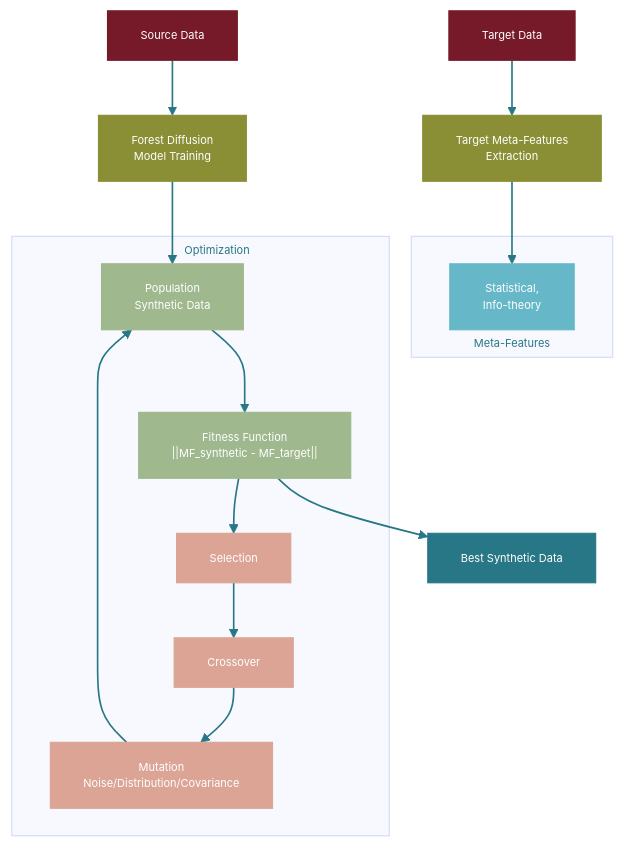
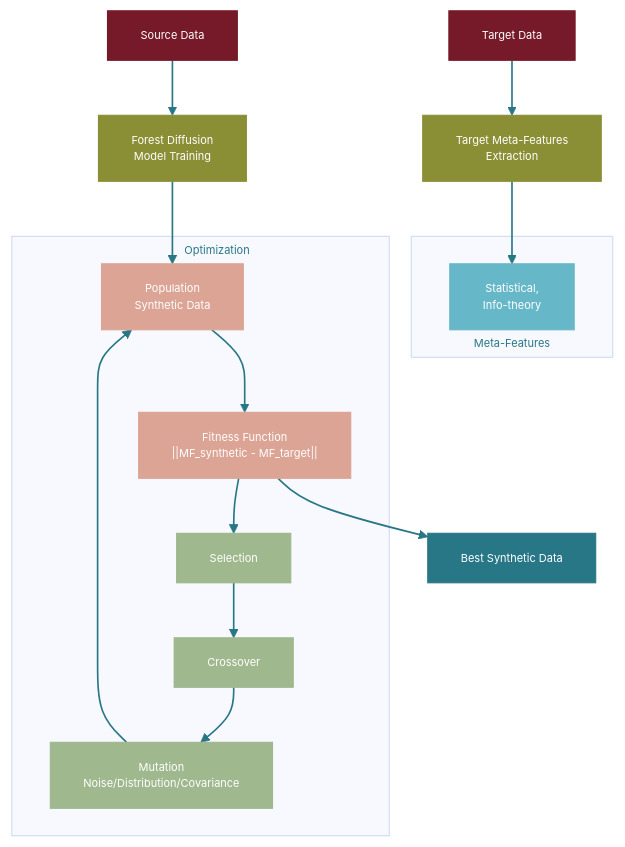
One commit to ITMO-NSS-team/OOD_Tab_Evaluation changed the second of 2 diagrams in README.md. Above: the diagram before and after it, drawn with Mermaid. The commit also changed other lines of this file, not shown here.

````diff
--- a/README.md
+++ b/README.md
@@ -121,36 +121,36 @@
 ```mermaid
 %%{init: {'theme': 'base', 'themeVariables': { 'fontSize': '10px' }}}%%
 graph TD
     A[Source Data] --> C[Forest Diffusion<br/>Model Training]
     B[Target Data] --> D[Target Meta-Features<br/>Extraction]
     
     subgraph Meta-Features["<div style='text-align: center; margin-top: 90px; color:#287786;'>Meta-Features</div>"]
         E["Statistical,<br/>Info-theory"]
     end
     
     subgraph Evolutionary Process["<div style='text-align: left; margin-top: 5px; margin-left: 30px; color:#287786;'>Optimization</div>"]
         F["Population<br/>Synthetic Data"] --> G["Fitness Function<br/>||MF_synthetic - MF_target||"]
         G --> H["Selection"]
         H --> I["Crossover"]
         I --> J["Mutation<br/>Noise/Distribution/Covariance"]
         J --> F
     end
     
     C --> F
     D --> E
     G --> K["Best Synthetic Data"]
     
     style A fill:#761A29,stroke:#761A29,stroke-width:1px,color:#fff
     style B fill:#761A29,stroke:#761A29,stroke-width:1px,color:#fff
     style C fill:#8A8F35,stroke:#8A8F35,stroke-width:1px,color:#fff
     style D fill:#8A8F35,stroke:#8A8F35,stroke-width:1px,color:#fff
     style K fill:#287786,stroke:#287786,stroke-width:1px,color:#fff
     style E fill:#66B8C8,stroke:#66B8C8,stroke-width:1px,color:#fff
-    style F fill:#9FB88E,stroke:#9FB88E,stroke-width:1px,color:#fff
-    style G fill:#9FB88E,stroke:#9FB88E,stroke-width:1px,color:#fff
-    style H fill:#DBA494,stroke:#DBA494,stroke-width:1px,color:#fff
-    style I fill:#DBA494,stroke:#DBA494,stroke-width:1px,color:#fff
-    style J fill:#DBA494,stroke:#DBA494,stroke-width:1px,color:#fff
+    style F fill:#DBA494,stroke:#DBA494,stroke-width:1px,color:#fff
+    style G fill:#DBA494,stroke:#DBA494,stroke-width:1px,color:#fff
+    style H fill:#9FB88E,stroke:#9FB88E,stroke-width:1px,color:#fff
+    style I fill:#9FB88E,stroke:#9FB88E,stroke-width:1px,color:#fff
+    style J fill:#9FB88E,stroke:#9FB88E,stroke-width:1px,color:#fff
     
     linkStyle default stroke:#287786,stroke-width:1.5px
 ```
````
